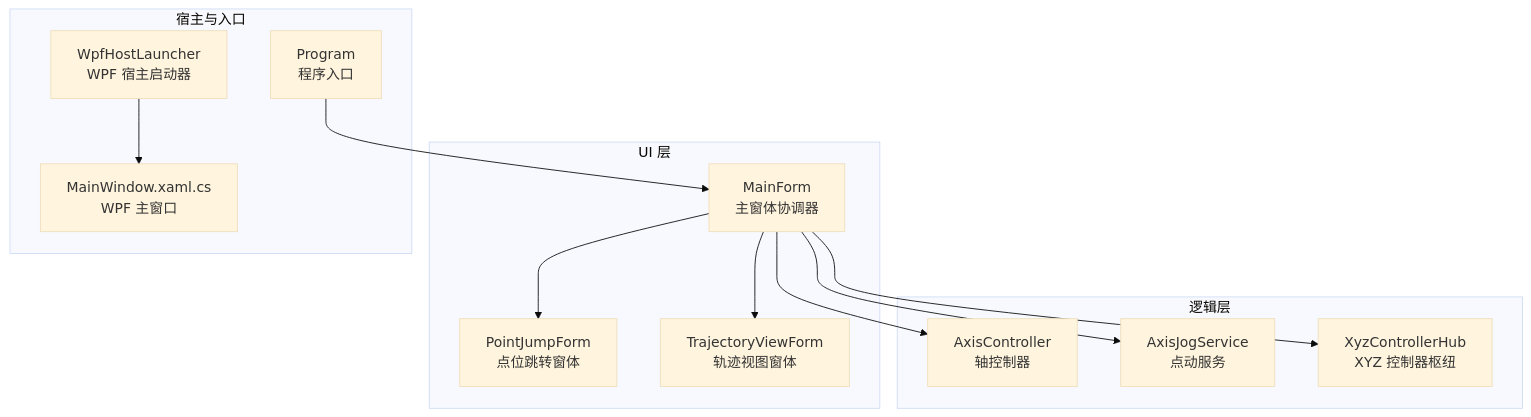
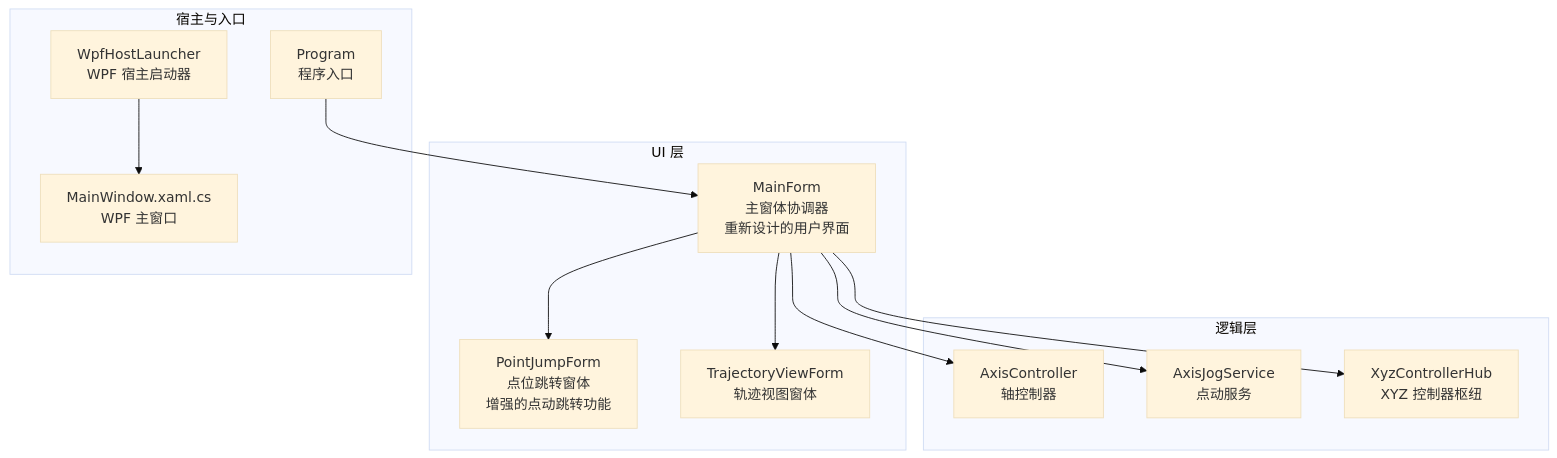
Before and after one commit to fuweiq94-cloud/3399180760: the first of 5 diagrams in .qoder/repowiki/zh/content/架构设计/主窗体协调器.md, drawn with Mermaid (base theme). The commit also changed other lines of this file and 22 other files, not shown here.

````diff
--- a/.qoder/repowiki/zh/content/架构设计/主窗体协调器.md
+++ b/.qoder/repowiki/zh/content/架构设计/主窗体协调器.md
@@ -45,25 +55,25 @@
 ```mermaid
 graph TB
 subgraph "UI 层"
-MF["MainForm<br/>主窗体协调器"]
-PJF["PointJumpForm<br/>点位跳转窗体"]
+MF["MainForm<br/>主窗体协调器<br/>重新设计的用户界面"]
+PJF["PointJumpForm<br/>点位跳转窗体<br/>增强的点动跳转功能"]
 TVF["TrajectoryViewForm<br/>轨迹视图窗体"]
 end
 subgraph "逻辑层"
 AC["AxisController<br/>轴控制器"]
 AJS["AxisJogService<br/>点动服务"]
 XCH["XyzControllerHub<br/>XYZ 控制器枢纽"]
 end
 subgraph "宿主与入口"
 PRG["Program<br/>程序入口"]
 WHL["WpfHostLauncher<br/>WPF 宿主启动器"]
 WMW["MainWindow.xaml.cs<br/>WPF 主窗口"]
 end
 PRG --> MF
 MF --> PJF
 MF --> TVF
 MF --> AC
 MF --> AJS
 MF --> XCH
 WHL --> WMW
 ```
````
